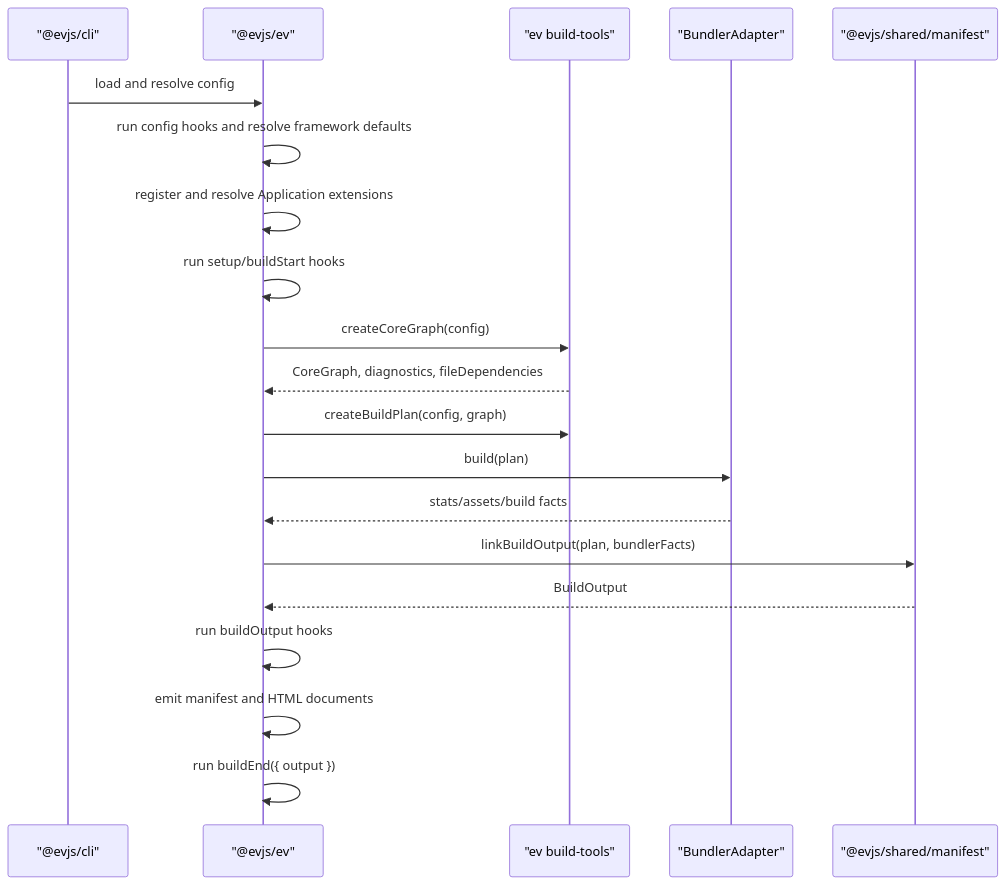
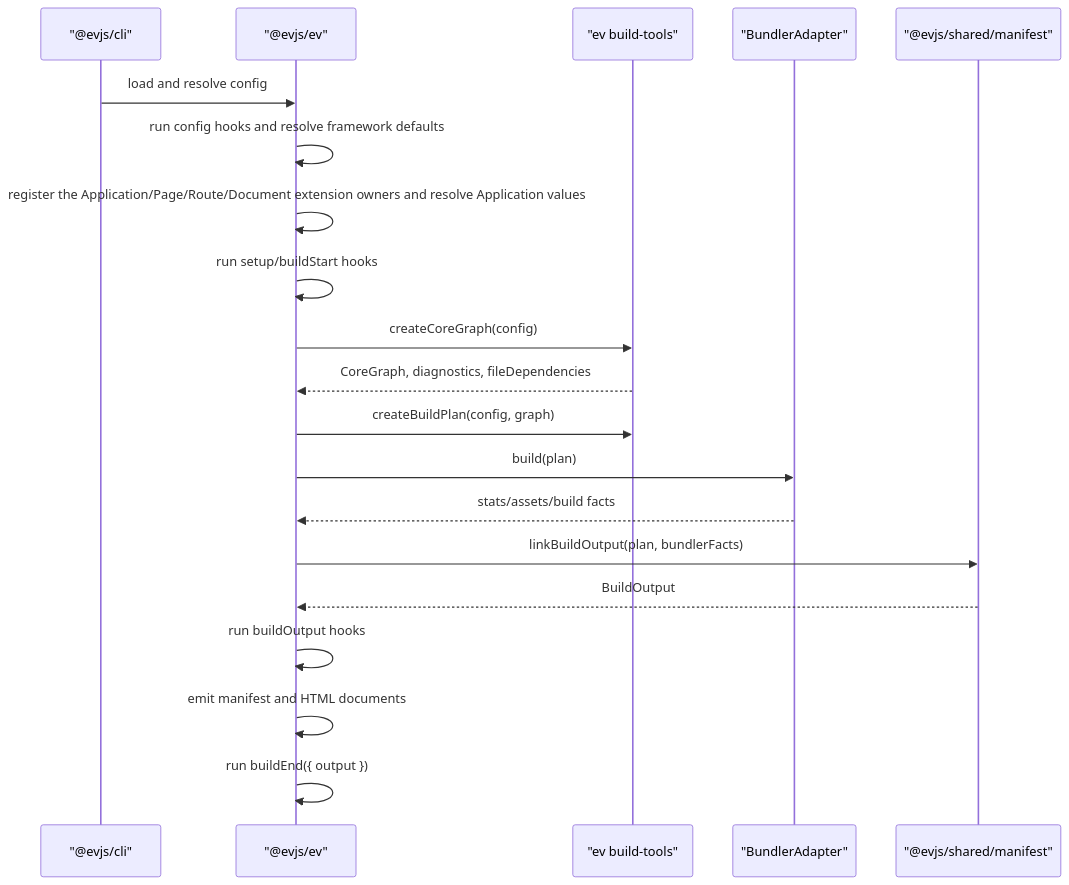
One commit to afx-team/evjs changed the diagram in ARCHITECTURE.md. Above: the diagram before and after it, drawn with Mermaid. The commit also changed other lines of this file and 66 other files, not shown here.

````diff
--- a/ARCHITECTURE.md
+++ b/ARCHITECTURE.md
@@ -147,23 +149,23 @@
 ```mermaid
 sequenceDiagram
   participant CLI as "@evjs/cli"
   participant EV as "@evjs/ev"
   participant Tools as "ev build-tools"
   participant Bundler as "BundlerAdapter"
   participant Manifest as "@evjs/shared/manifest"
 
   CLI->>EV: load and resolve config
   EV->>EV: run config hooks and resolve framework defaults
-  EV->>EV: register and resolve Application extensions
+  EV->>EV: register the Application/Page/Route/Document extension owners and resolve Application values
   EV->>EV: run setup/buildStart hooks
   EV->>Tools: createCoreGraph(config)
   Tools-->>EV: CoreGraph, diagnostics, fileDependencies
   EV->>Tools: createBuildPlan(config, graph)
   EV->>Bundler: build(plan)
   Bundler-->>EV: stats/assets/build facts
   EV->>Manifest: linkBuildOutput(plan, bundlerFacts)
   Manifest-->>EV: BuildOutput
   EV->>EV: run buildOutput hooks
   EV->>EV: emit manifest and HTML documents
   EV->>EV: run buildEnd({ output })
 ```
````
